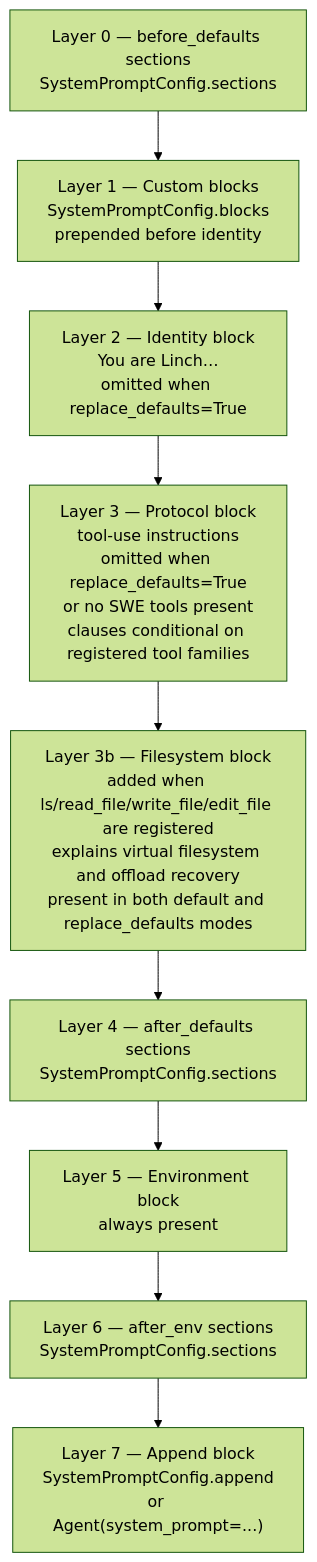
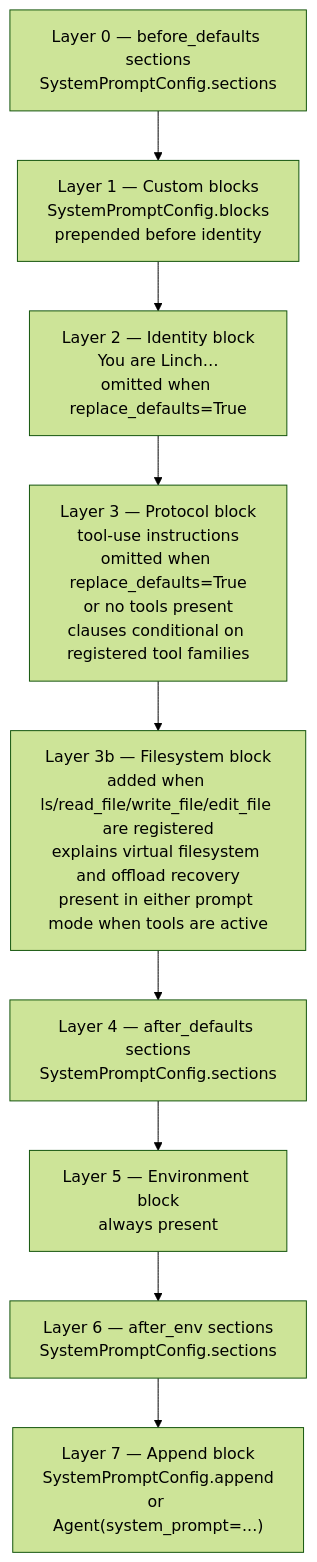
The diagram in docs/architecture/system-prompt.md (DuyTa506/linch), drawn with Mermaid (forest theme) before and after one commit. The commit also changed other lines of this file and 83 other files, not shown here.

````diff
--- a/docs/architecture/system-prompt.md
+++ b/docs/architecture/system-prompt.md
@@ -10,14 +16,14 @@
 ```mermaid
 flowchart TD
     L0["Layer 0 — before_defaults sections\nSystemPromptConfig.sections"]
     L1["Layer 1 — Custom blocks\nSystemPromptConfig.blocks\nprepended before identity"]
     L2["Layer 2 — Identity block\nYou are Linch…\nomitted when replace_defaults=True"]
-    L3["Layer 3 — Protocol block\ntool-use instructions\nomitted when replace_defaults=True\nor no SWE tools present\nclauses conditional on registered tool families"]
-    LFS["Layer 3b — Filesystem block\nadded when ls/read_file/write_file/edit_file are registered\nexplains virtual filesystem and offload recovery\npresent in both default and replace_defaults modes"]
+    L3["Layer 3 — Protocol block\ntool-use instructions\nomitted when replace_defaults=True\nor no tools present\nclauses conditional on registered tool families"]
+    LFS["Layer 3b — Filesystem block\nadded when ls/read_file/write_file/edit_file are registered\nexplains virtual filesystem and offload recovery\npresent in either prompt mode when tools are active"]
     L4["Layer 4 — after_defaults sections\nSystemPromptConfig.sections"]
     L5["Layer 5 — Environment block\nalways present"]
     L6["Layer 6 — after_env sections\nSystemPromptConfig.sections"]
     L7["Layer 7 — Append block\nSystemPromptConfig.append\nor Agent(system_prompt=...)"]
 
     L0 --> L1 --> L2 --> L3 --> LFS --> L4 --> L5 --> L6 --> L7
 ```
````
